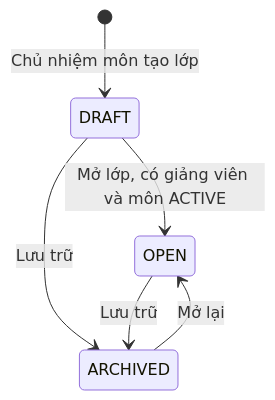
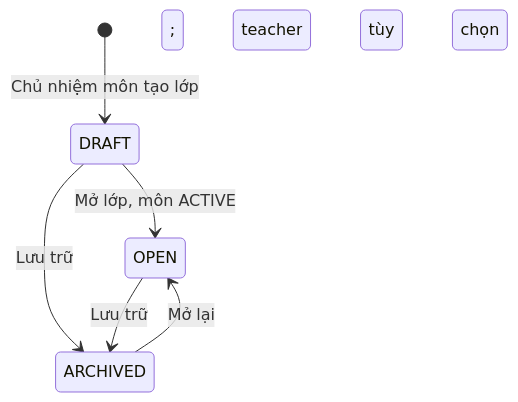
Before and after one commit to hygef-v4/AI-Powered-Learning-Platform: the first of 2 diagrams in aidlc-docs/construction/u05-class-enrollment/functional-design/domain-entities.md, drawn with Mermaid. The commit also changed other lines of this file and 261 other files, not shown here.

````diff
--- a/aidlc-docs/construction/u05-class-enrollment/functional-design/domain-entities.md
+++ b/aidlc-docs/construction/u05-class-enrollment/functional-design/domain-entities.md
@@ -35,8 +38,8 @@
 ```mermaid
 stateDiagram-v2
     [*] --> DRAFT: Chủ nhiệm môn tạo lớp
-    DRAFT --> OPEN: Mở lớp, có giảng viên và môn ACTIVE
+    DRAFT --> OPEN: Mở lớp, môn ACTIVE; teacher tùy chọn
     DRAFT --> ARCHIVED: Lưu trữ
     OPEN --> ARCHIVED: Lưu trữ
     ARCHIVED --> OPEN: Mở lại
 ```
````
